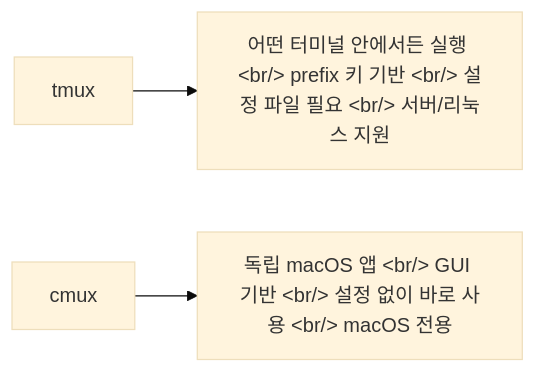
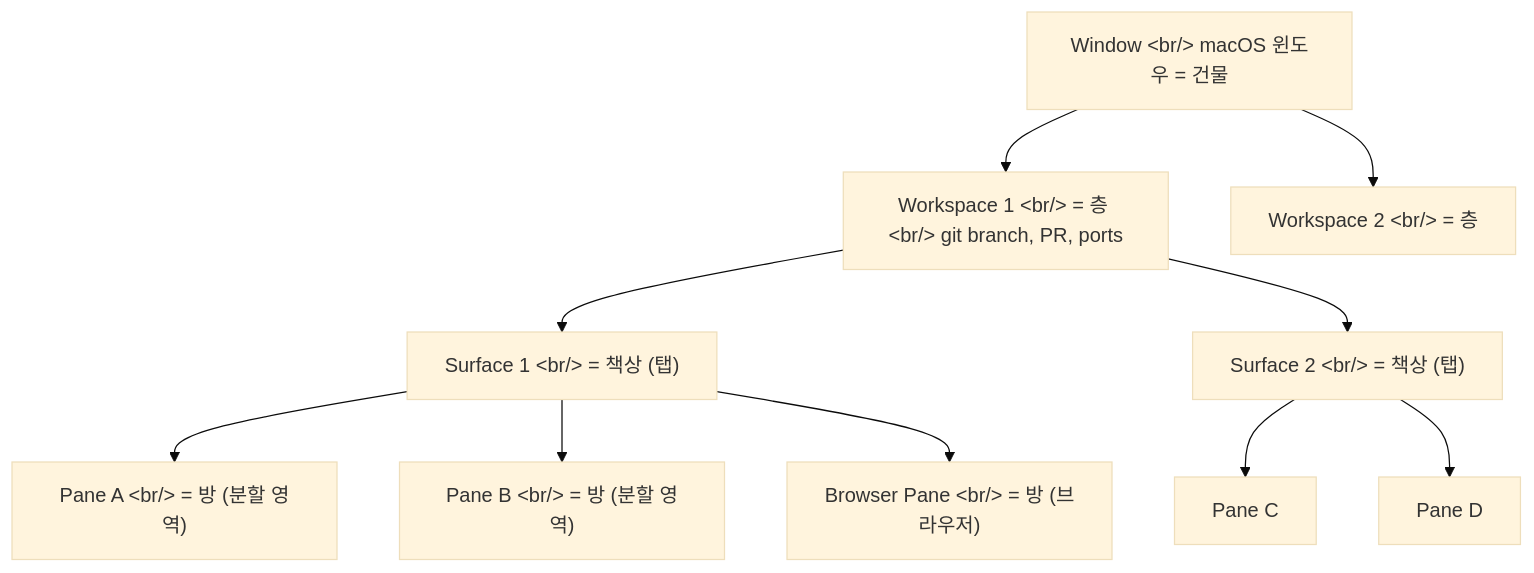
The second of 2 diagrams in content/posts/2026-03-16-cmux-terminal.md (ice-ice-bear/ice-ice-bear.github.io), drawn with Mermaid (base theme) before and after one commit. The commit also changed other lines of this file, not shown here.

Commit message:
Update tech log: 2026-03-16-cmux-terminal.md

````diff
--- a/content/posts/2026-03-16-cmux-terminal.md
+++ b/content/posts/2026-03-16-cmux-terminal.md
@@ -59,5 +97,12 @@
 ```mermaid
-graph LR
-    A["tmux"] --> B["어떤 터미널 안에서든 실행 &lt;br/&gt; prefix 키 기반 &lt;br/&gt; 설정 파일 필요 &lt;br/&gt; 서버/리눅스 지원"]
-    C["cmux"] --> D["독립 macOS 앱 &lt;br/&gt; GUI 기반 &lt;br/&gt; 설정 없이 바로 사용 &lt;br/&gt; macOS 전용"]
+graph TD
+    W["Window &lt;br/&gt; macOS 윈도우 = 건물"] --> WS1["Workspace 1 &lt;br/&gt; = 층 &lt;br/&gt; git branch, PR, ports"]
+    W --> WS2["Workspace 2 &lt;br/&gt; = 층"]
+    WS1 --> S1["Surface 1 &lt;br/&gt; = 책상 (탭)"]
+    WS1 --> S2["Surface 2 &lt;br/&gt; = 책상 (탭)"]
+    S1 --> P1["Pane A &lt;br/&gt; = 방 (분할 영역)"]
+    S1 --> P2["Pane B &lt;br/&gt; = 방 (분할 영역)"]
+    S1 --> P3["Browser Pane &lt;br/&gt; = 방 (브라우저)"]
+    S2 --> P4["Pane C"]
+    S2 --> P5["Pane D"]
 ```
````
